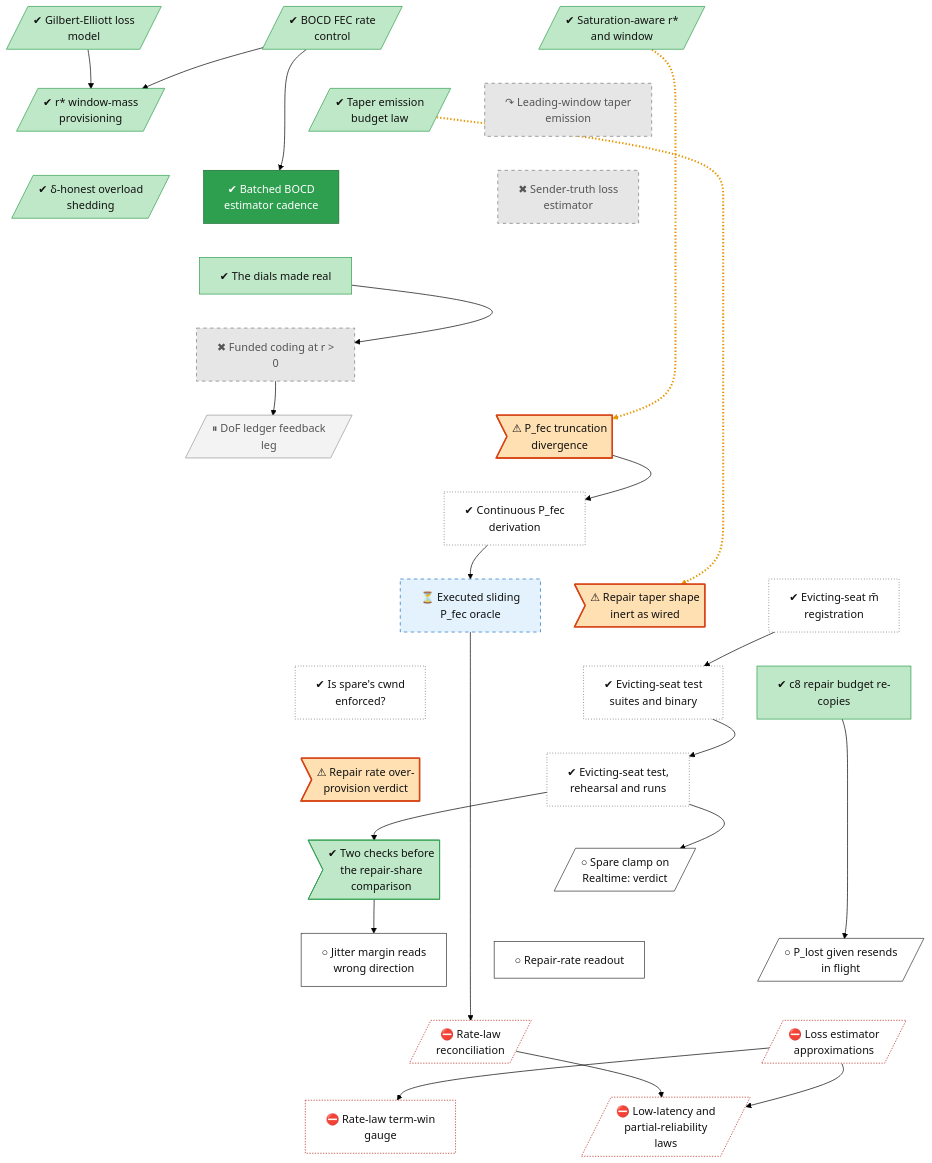
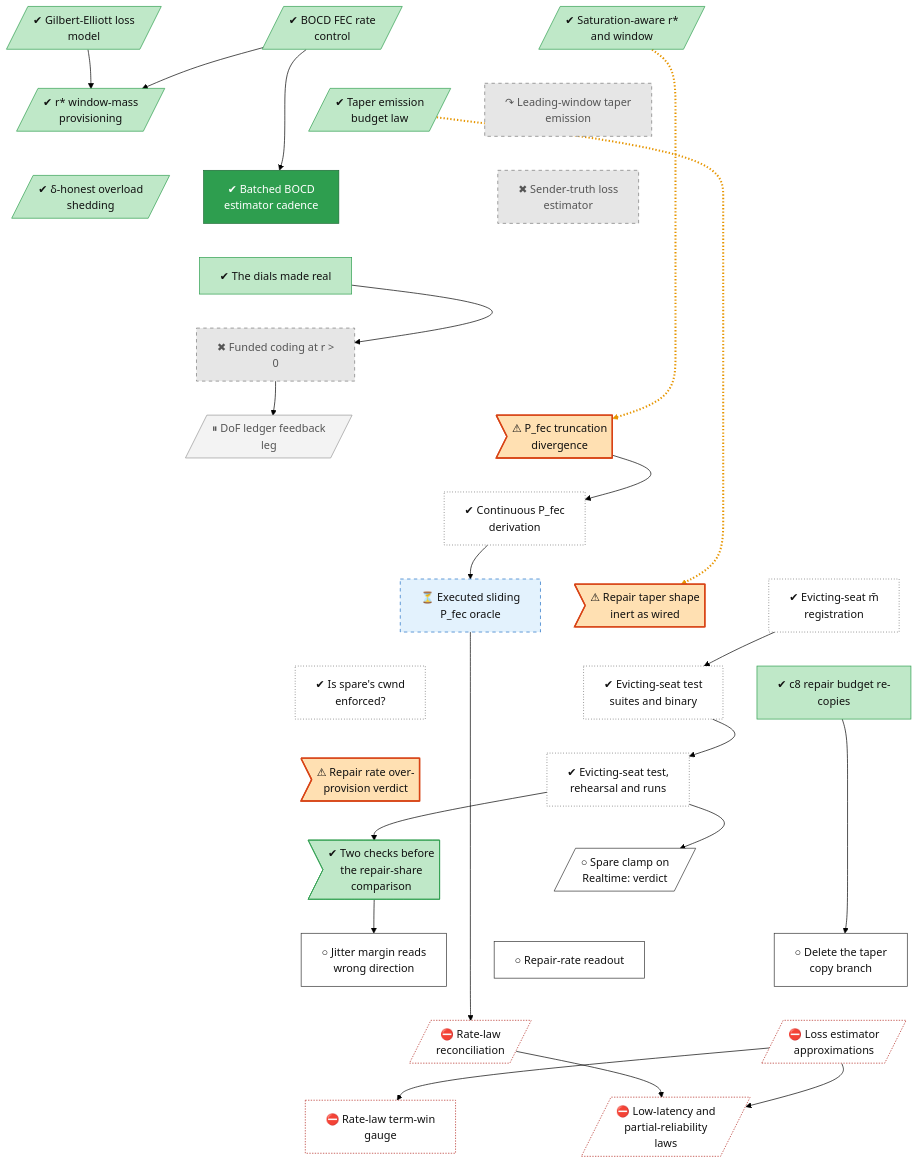
One commit to lhns/raptorpath changed the diagram in docs/roadmap/tracks/rate.md. Above: the diagram before and after it, drawn with Mermaid (forest theme). The commit also changed other lines of this file and 5 other files, not shown here.

Commit message:
status §51 Addendum 3: owner deletes the S06 copy branch; repair-rate law R02 over-provisioned against the δ dial at ρ = 1, fix sized after a no-copy reading; ledger R01/R02/R04/E07/S10 and the C02 SACK cap bind; roadmap

```diff
--- a/docs/roadmap/tracks/rate.md
+++ b/docs/roadmap/tracks/rate.md
@@ -35,7 +35,7 @@
     rate_spare_clamp_verdict[/"○ Spare clamp on<br/>Realtime: verdict"/]
     rate_delta_jitter_fix["○ Jitter margin reads<br/>wrong direction"]
     rate_fix_rate_readout["○ Repair-rate readout"]
-    rate_s06_plost_derivation[/"○ P_lost given resends<br/>in flight"/]
+    rate_s06_plost_derivation["○ Delete the taper<br/>copy branch"]
     rate_law_reconcile[/"⛔ Rate-law<br/>reconciliation"/]
     rate_fix_estimators[/"⛔ Loss estimator<br/>approximations"/]
     rate_fix_term_gauge["⛔ Rate-law term-win<br/>gauge"]
```
